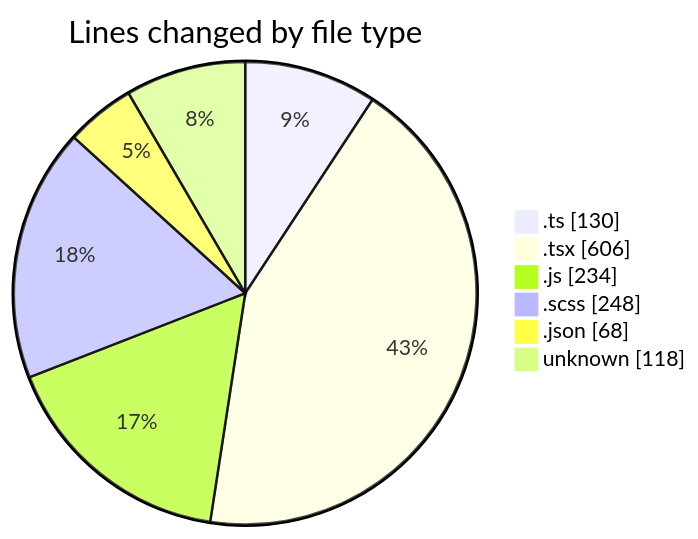
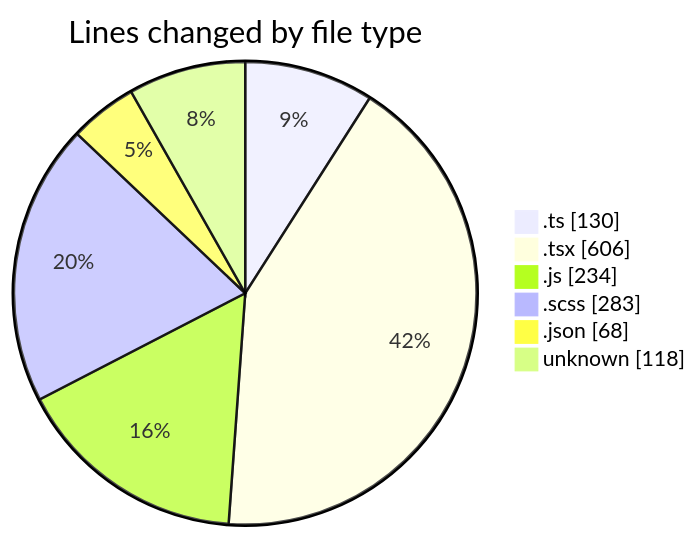
Before and after one commit to momahboobian/code-tracking: the first of 2 diagrams in 2026-05-08/cda/README.md, drawn with Mermaid. The commit also changed other lines of this file and 1 other file, not shown here.

````diff
--- a/2026-05-08/cda/README.md
+++ b/2026-05-08/cda/README.md
@@ -38,10 +38,10 @@
 ```mermaid
 pie showData
 title Lines changed by file type
 ".ts" : 130
 ".tsx" : 606
 ".js" : 234
-".scss" : 248
+".scss" : 283
 ".json" : 68
 "unknown" : 118
 ```
````
